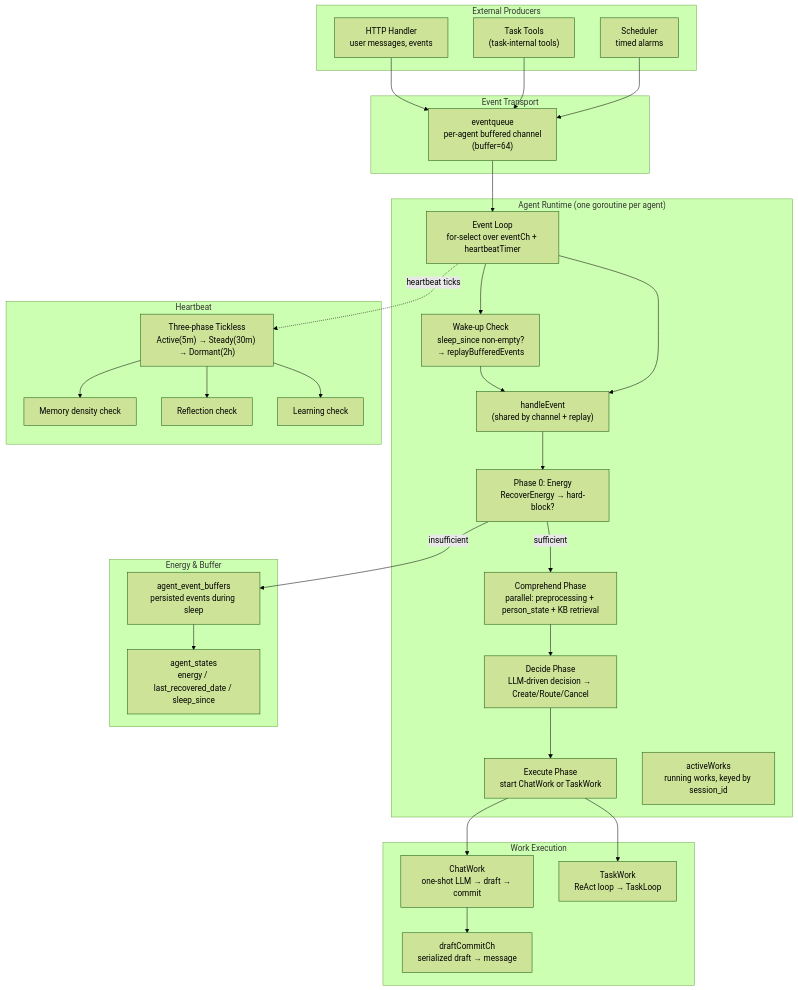
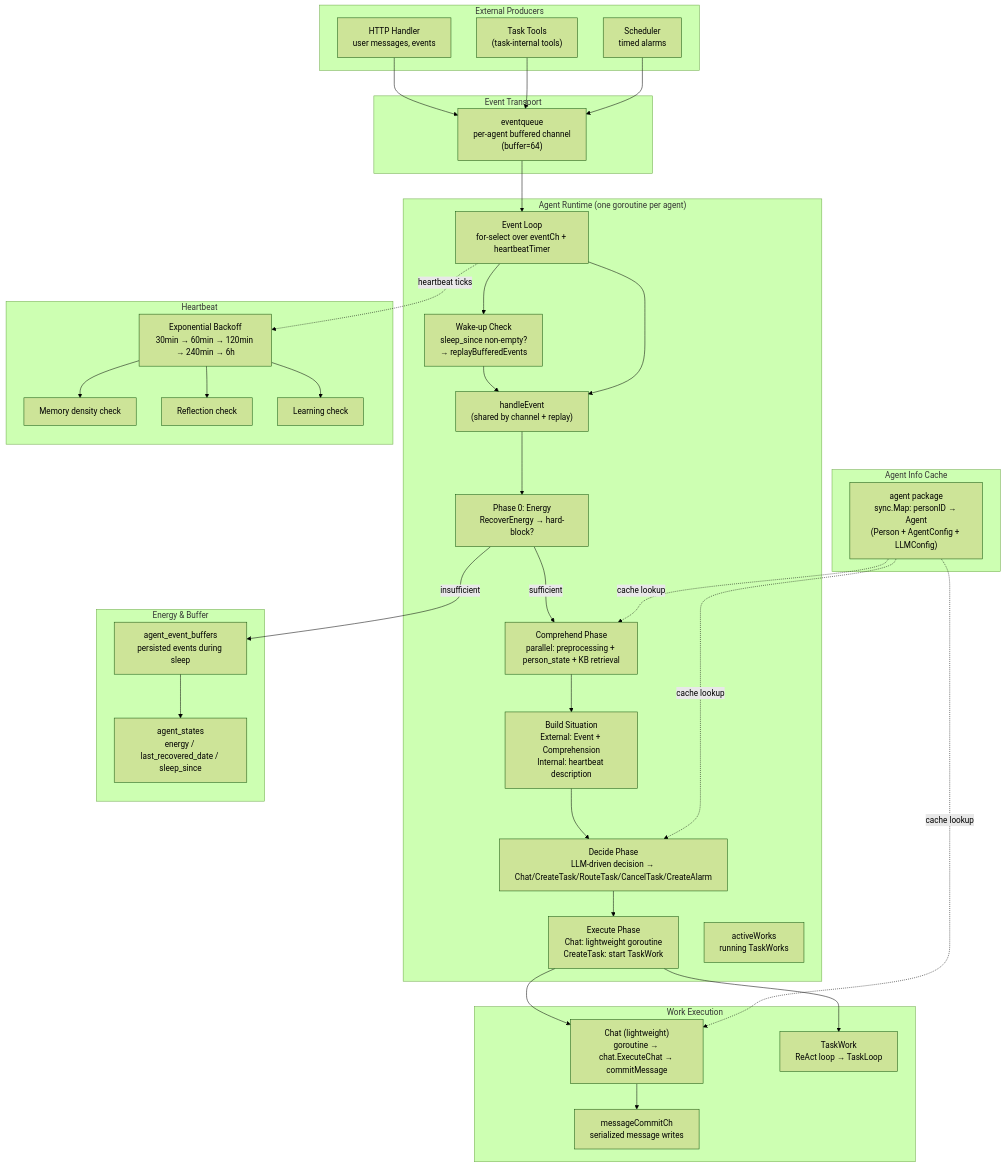
The first of 10 diagrams in doc/engineering_implements/agent-runtime-event-loop.md (KoanJan/qingqiu-world), drawn with Mermaid (forest theme) before and after one commit. The commit also changed other lines of this file and 32 other files, not shown here.

First line of the commit message:
refactor: cognitive pipeline separation and Situation-driven decision

````diff
--- a/doc/engineering_implements/agent-runtime-event-loop.md
+++ b/doc/engineering_implements/agent-runtime-event-loop.md
@@ -7,62 +7,71 @@
 ```mermaid
 graph TB
     subgraph "External Producers"
         Handler["HTTP Handler<br/>user messages, events"]
         TaskTools["Task Tools<br/>(task-internal tools)"]
         Scheduler["Scheduler<br/>timed alarms"]
     end
 
     subgraph "Event Transport"
         EQ["eventqueue<br/>per-agent buffered channel<br/>(buffer=64)"]
     end
 
     subgraph "Agent Runtime (one goroutine per agent)"
         Loop["Event Loop<br/>for-select over eventCh + heartbeatTimer"]
         Wakeup["Wake-up Check<br/>sleep_since non-empty?<br/>→ replayBufferedEvents"]
         Handle["handleEvent<br/>(shared by channel + replay)"]
         Energy["Phase 0: Energy<br/>RecoverEnergy → hard-block?"]
         Comprehend["Comprehend Phase<br/>parallel: preprocessing + person_state + KB retrieval"]
-        Decide["Decide Phase<br/>LLM-driven decision → Create/Route/Cancel"]
-        Execute["Execute Phase<br/>start ChatWork or TaskWork"]
-        ActiveWorks["activeWorks<br/>running works, keyed by session_id"]
+        Situation["Build Situation<br/>External: Event + Comprehension<br/>Internal: heartbeat description"]
+        Decide["Decide Phase<br/>LLM-driven decision → Chat/CreateTask/RouteTask/CancelTask/CreateAlarm"]
+        Execute["Execute Phase<br/>Chat: lightweight goroutine<br/>CreateTask: start TaskWork"]
+        ActiveWorks["activeWorks<br/>running TaskWorks"]
     end
 
     subgraph "Work Execution"
-        ChatWork["ChatWork<br/>one-shot LLM → draft → commit"]
+        Chat["Chat (lightweight)<br/>goroutine → chat.ExecuteChat → commitMessage"]
         TaskWork["TaskWork<br/>ReAct loop → TaskLoop"]
-        DraftCh["draftCommitCh<br/>serialized draft → message"]
+        CommitCh["messageCommitCh<br/>serialized message writes"]
+    end
+
+    subgraph "Agent Info Cache"
+        AgentCache["agent package<br/>sync.Map: personID → Agent<br/>(Person + AgentConfig + LLMConfig)"]
     end
 
     subgraph "Energy & Buffer"
         AgentState["agent_states<br/>energy / last_recovered_date / sleep_since"]
         EventBuffer["agent_event_buffers<br/>persisted events during sleep"]
     end
 
     subgraph "Heartbeat"
-        HB["Three-phase Tickless<br/>Active(5m) → Steady(30m) → Dormant(2h)"]
+        HB["Exponential Backoff<br/>30min → 60min → 120min → 240min → 6h"]
         MemCheck["Memory density check"]
         RefCheck["Reflection check"]
         LearnCheck["Learning check"]
     end
 
     Handler --> EQ
     TaskTools --> EQ
     Scheduler --> EQ
     EQ --> Loop
     Loop --> Wakeup
     Wakeup --> Handle
     Loop --> Handle
     Handle --> Energy
     Energy -->|sufficient| Comprehend
     Energy -->|insufficient| EventBuffer
     EventBuffer --> AgentState
-    Comprehend --> Decide
+    Comprehend --> Situation
+    Situation --> Decide
     Decide --> Execute
-    Execute --> ChatWork
+    Execute --> Chat
     Execute --> TaskWork
-    ChatWork --> DraftCh
+    Chat --> CommitCh
     Loop -.heartbeat ticks.-> HB
     HB --> MemCheck
     HB --> RefCheck
     HB --> LearnCheck
+    AgentCache -.cache lookup.-> Comprehend
+    AgentCache -.cache lookup.-> Decide
+    AgentCache -.cache lookup.-> Chat
 ```
````
